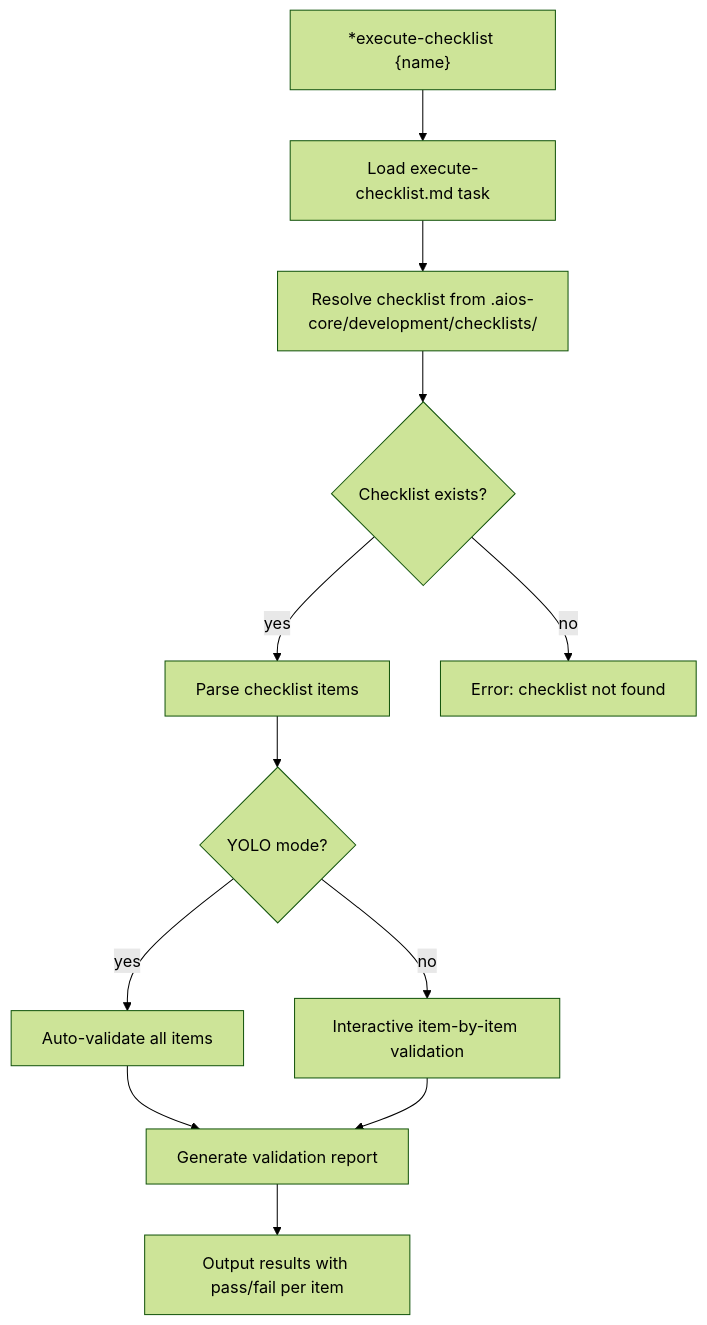
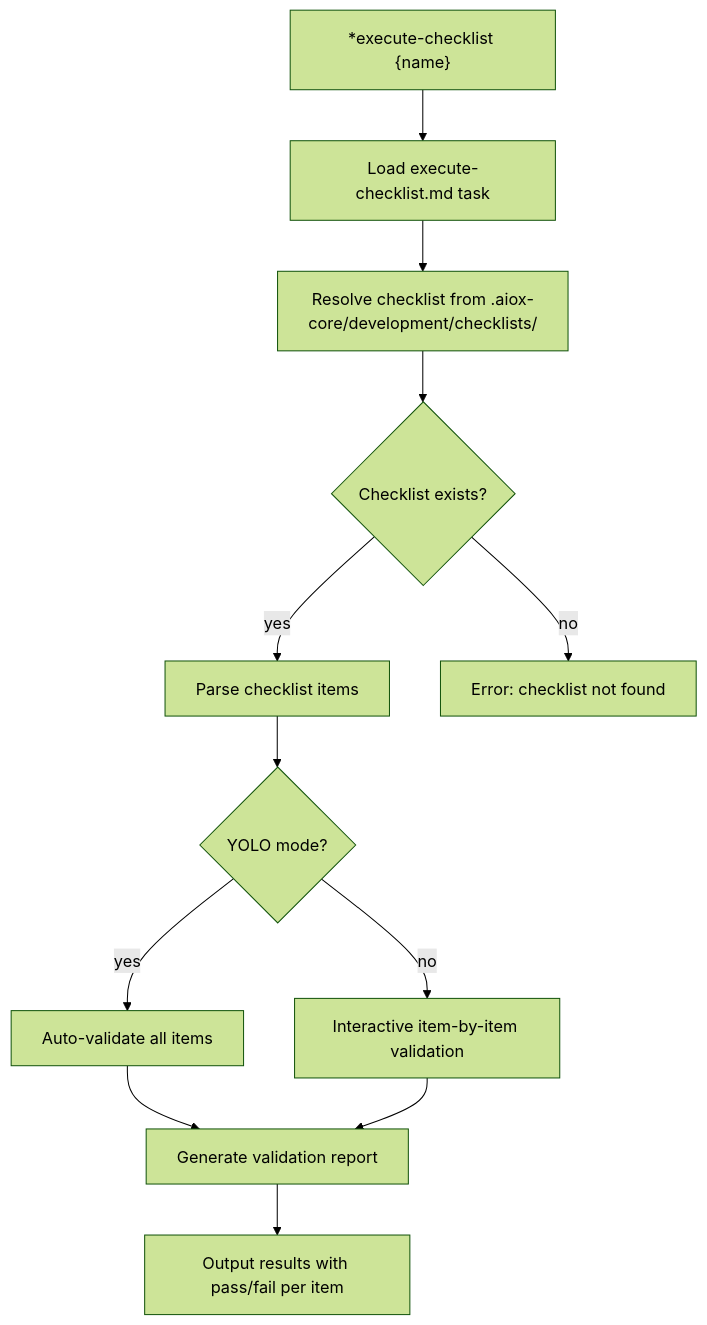
Diagram 20 of 22 in docs/guides/agents/traces/data-engineer-execution-trace.md (brunajunckes/aiox-core), drawn with Mermaid (forest theme) before and after one commit. The commit also changed other lines of this file and 3446 other files, not shown here.

First line of the commit message:
chore: rebrand aios → aiox across entire codebase (#552)

````diff
--- a/docs/guides/agents/traces/data-engineer-execution-trace.md
+++ b/docs/guides/agents/traces/data-engineer-execution-trace.md
@@ -730,14 +730,14 @@
 ```mermaid
 flowchart TD
     A["*execute-checklist {name}"] --> B[Load execute-checklist.md task]
-    B --> C[Resolve checklist from .aios-core/development/checklists/]
+    B --> C[Resolve checklist from .aiox-core/development/checklists/]
     C --> D{Checklist exists?}
     D -->|yes| E[Parse checklist items]
     D -->|no| F[Error: checklist not found]
     E --> G{YOLO mode?}
     G -->|yes| H[Auto-validate all items]
     G -->|no| I[Interactive item-by-item validation]
     H --> J[Generate validation report]
     I --> J
     J --> K[Output results with pass/fail per item]
 ```
````
